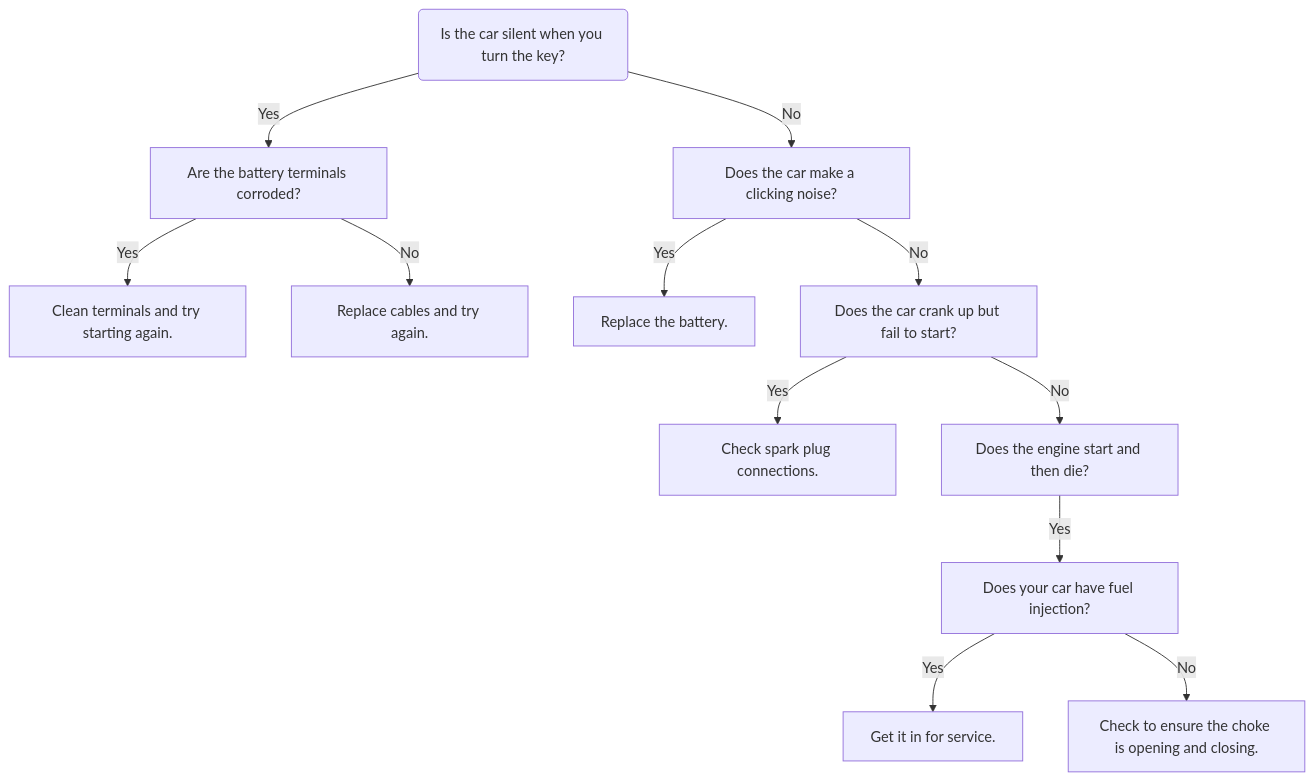
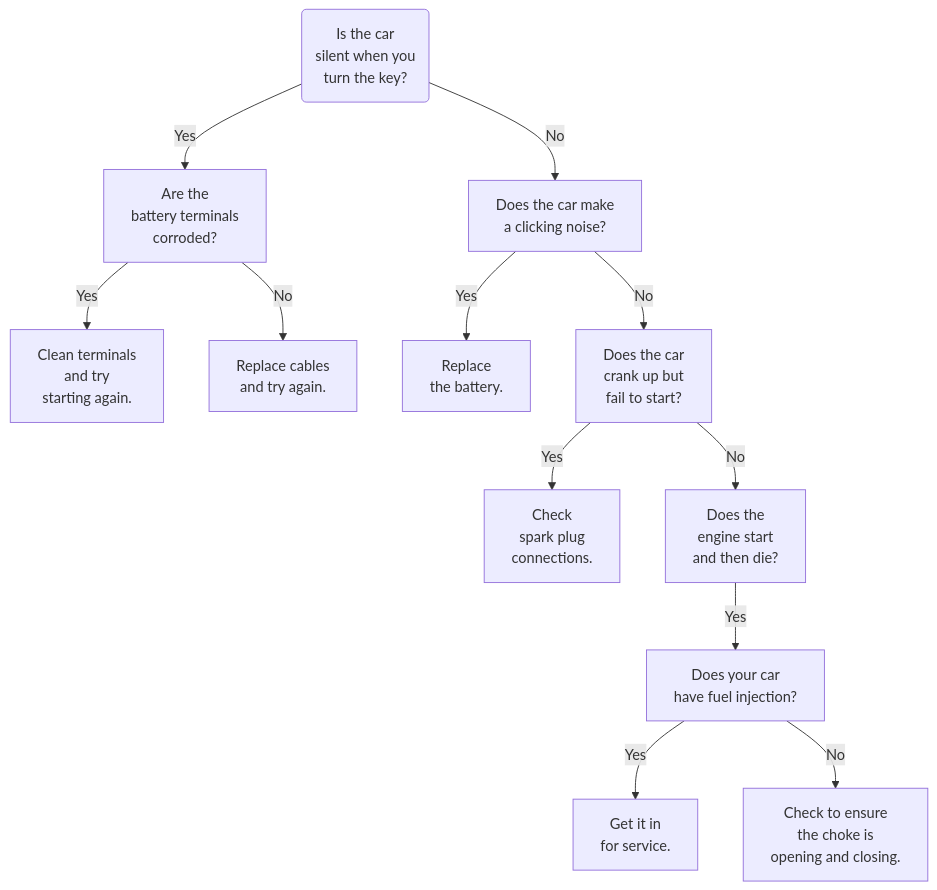
The diagram in TroubleshootingCarIssues/README.md (JacobNetz/SolutionsForExercisesForProgrammers), drawn with Mermaid before and after one commit.

Commit message:
Increase readability in flowchart for 'Troubleshooting Car Issues' exercise

````diff
--- a/TroubleshootingCarIssues/README.md
+++ b/TroubleshootingCarIssues/README.md
@@ -2,20 +2,20 @@
 ```mermaid
 flowchart TD;
-    A(Is the car silent when you turn the key?)-->|Yes|B
-    B[Are the battery terminals corroded?]-->|Yes|D
+    A(Is the car \n silent when you \n  turn the key?)-->|Yes|B
+    B[Are the \n battery terminals \n corroded?]-->|Yes|D
     B-->|No|E
-    D[Clean terminals and try starting again.]
-    E[Replace cables and try again.]
+    D[Clean terminals \n and try \n starting again.]
+    E[Replace cables \n and try again.]
     A-->|No|C
-    C[Does the car make a clicking noise?]-->|Yes|F
+    C[Does the car make \n a clicking noise?]-->|Yes|F
     C-->|No|G
-    F[Replace the battery.]
-    G[Does the car crank up but fail to start?]-->|Yes|H
+    F[Replace \n the battery.]
+    G[Does the car \n crank up but \n fail to start?]-->|Yes|H
     G-->|No|I
-    H[Check spark plug connections.]
-    I[Does the engine start and then die?]-->|Yes|J
-    J[Does your car have fuel injection?]-->|Yes|K
+    H[Check \n spark plug \n  connections.]
+    I[Does the \n engine start \n and then die?]-->|Yes|J
+    J[Does your car \n have fuel injection?]-->|Yes|K
     J-->|No|L
-    K[Get it in for service.]
-    L[Check to ensure the choke is opening and closing.]
+    K[Get it in \n for service.]
+    L[Check to ensure \n the choke is \n opening and closing.]
 ```
````
